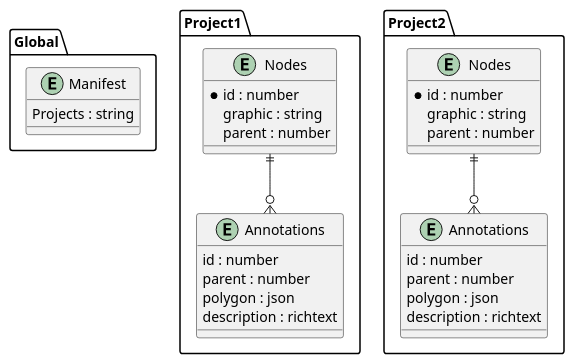
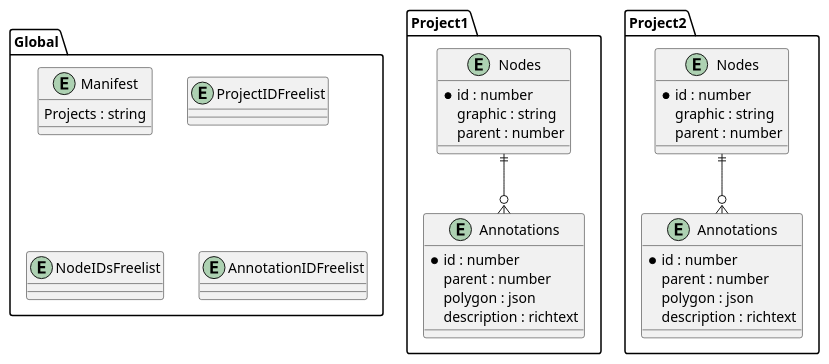
One commit to CriusNyx/annotated-map changed the diagram in frontend/documentation/erd.puml. Above: the diagram before and after it, drawn with PlantUML. The commit also changed 51 other files, not shown here.

```diff
--- a/frontend/documentation/erd.puml
+++ b/frontend/documentation/erd.puml
@@ -2,43 +2,50 @@
 @startuml ERD
 
 package Global{
     entity Manifest{
         Projects : string
     }
+    entity ProjectIDFreelist{
+        
+    }
+    entity NodeIDsFreelist{
+        
+    }
+    entity AnnotationIDFreelist
 }
 
 package Project1{
     entity Project1.Nodes{
-        *id : number
+        * id : number
         graphic : string
         parent : number
     }
 
     entity Project1.Annotations{
-        id : number
+        * id : number
         parent : number
         polygon : json
         description : richtext
     }
 
     Project1.Nodes ||--o{ Project1.Annotations
 }
 
 package Project2{
     entity Project2.Nodes{
-        *id : number
+        * id : number
         graphic : string
         parent : number
     }
 
     entity Project2.Annotations{
-        id : number
+        * id : number
         parent : number
         polygon : json
         description : richtext
     }
 
     Project2.Nodes ||--o{ Project2.Annotations
 }
 
 @enduml
```
